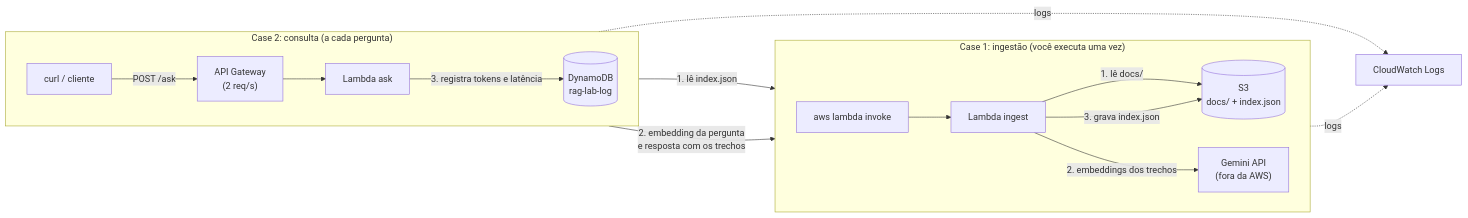
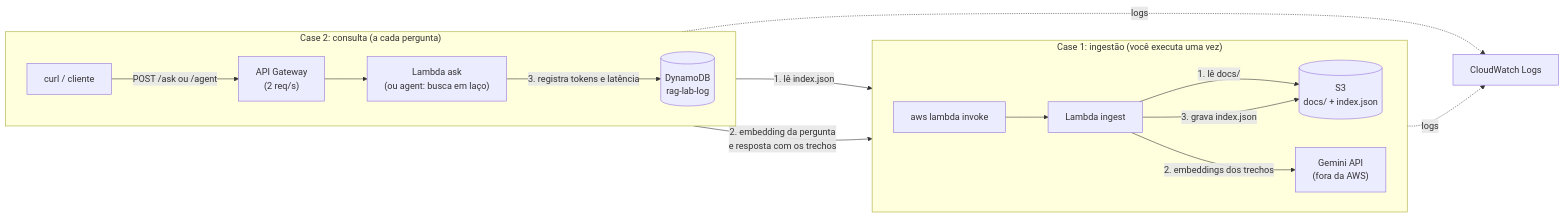
One commit to Fabiobazacas/rag-lab changed the diagram in README.md. Above: the diagram before and after it, drawn with Mermaid. The commit also changed other lines of this file and 7 other files, not shown here.

Commit message:
Extensão: agente com chamada de ferramenta (POST /agent)

````diff
--- a/README.md
+++ b/README.md
@@ -14,22 +15,22 @@
 ```mermaid
 flowchart LR
     subgraph ingestao["Case 1: ingestão (você executa uma vez)"]
         direction LR
         CLI["aws lambda invoke"] --> ING["Lambda ingest"]
         ING -- "1. lê docs/" --> S3[("S3<br/>docs/ + index.json")]
         ING -- "2. embeddings dos trechos" --> GEM["Gemini API<br/>(fora da AWS)"]
         ING -- "3. grava index.json" --> S3
     end
 
     subgraph consulta["Case 2: consulta (a cada pergunta)"]
         direction LR
-        USR["curl / cliente"] -- "POST /ask" --> APIGW["API Gateway<br/>(2 req/s)"]
-        APIGW --> ASK["Lambda ask"]
+        USR["curl / cliente"] -- "POST /ask ou /agent" --> APIGW["API Gateway<br/>(2 req/s)"]
+        APIGW --> ASK["Lambda ask<br/>(ou agent: busca em laço)"]
         ASK -- "1. lê index.json" --> S3
         ASK -- "2. embedding da pergunta<br/>e resposta com os trechos" --> GEM
         ASK -- "3. registra tokens e latência" --> DDB[("DynamoDB<br/>rag-lab-log")]
     end
 
     ING -. logs .-> CW["CloudWatch Logs"]
     ASK -. logs .-> CW
 ```
````
